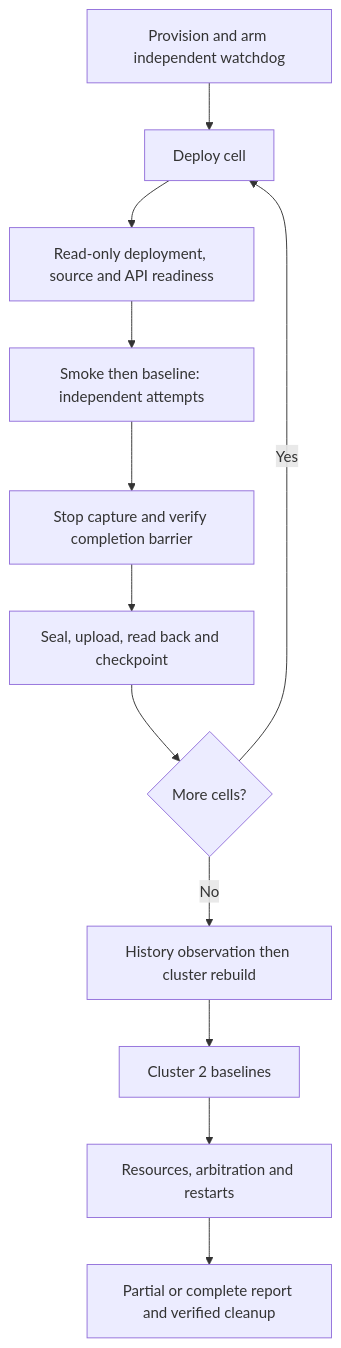
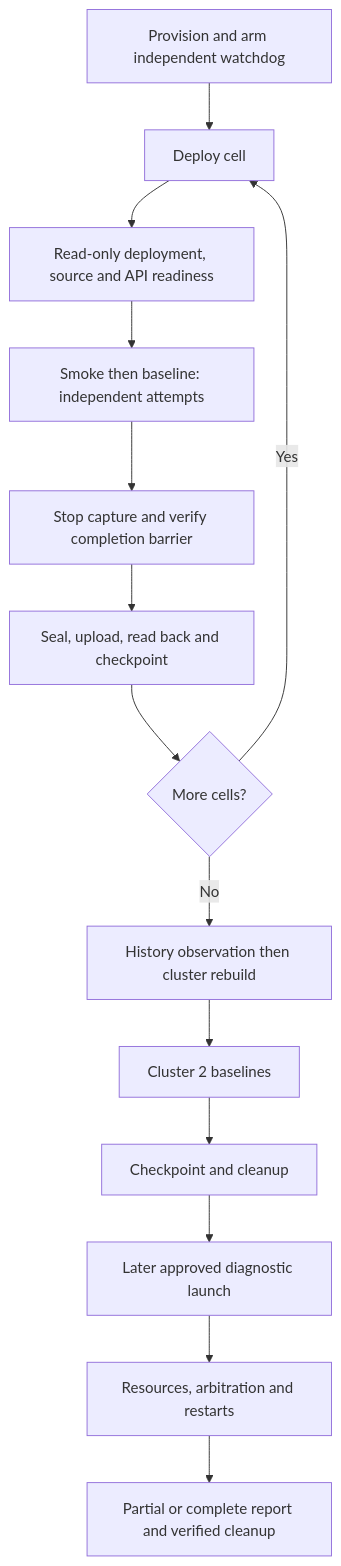
One commit to erickivel/karthos-tcc-evaluation changed the first of 2 diagrams in docs/thesis-qualification-v4.md. Above: the diagram before and after it, drawn with Mermaid. The commit also changed other lines of this file and 1 other file, not shown here.

Commit message:
docs(eval): align execution diagrams with split launches

````diff
--- a/docs/thesis-qualification-v4.md
+++ b/docs/thesis-qualification-v4.md
@@ -7,14 +7,16 @@
 ```mermaid
 flowchart TD
   A[Provision and arm independent watchdog] --> B[Deploy cell]
   B --> C[Read-only deployment, source and API readiness]
   C --> D[Smoke then baseline: independent attempts]
   D --> E[Stop capture and verify completion barrier]
   E --> F[Seal, upload, read back and checkpoint]
   F --> G{More cells?}
   G -->|Yes| B
   G -->|No| H[History observation then cluster rebuild]
   H --> I[Cluster 2 baselines]
-  I --> J[Resources, arbitration and restarts]
+  I --> L[Checkpoint and cleanup]
+  L --> M[Later approved diagnostic launch]
+  M --> J[Resources, arbitration and restarts]
   J --> K[Partial or complete report and verified cleanup]
 ```
````
